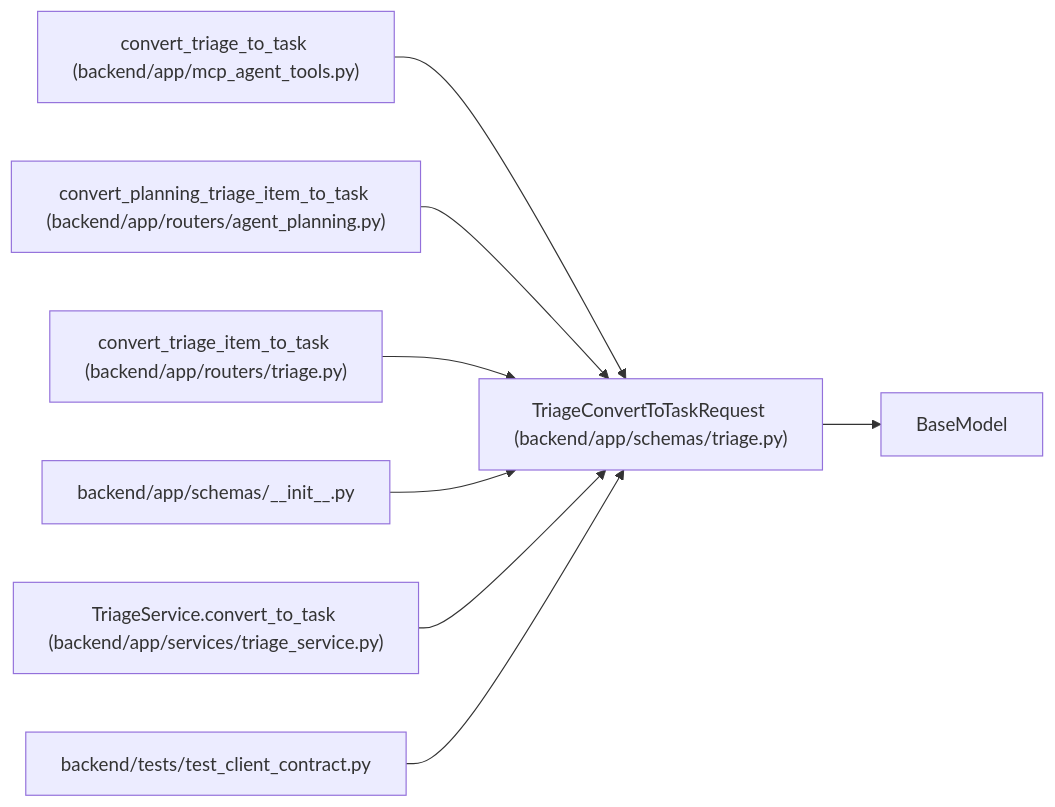
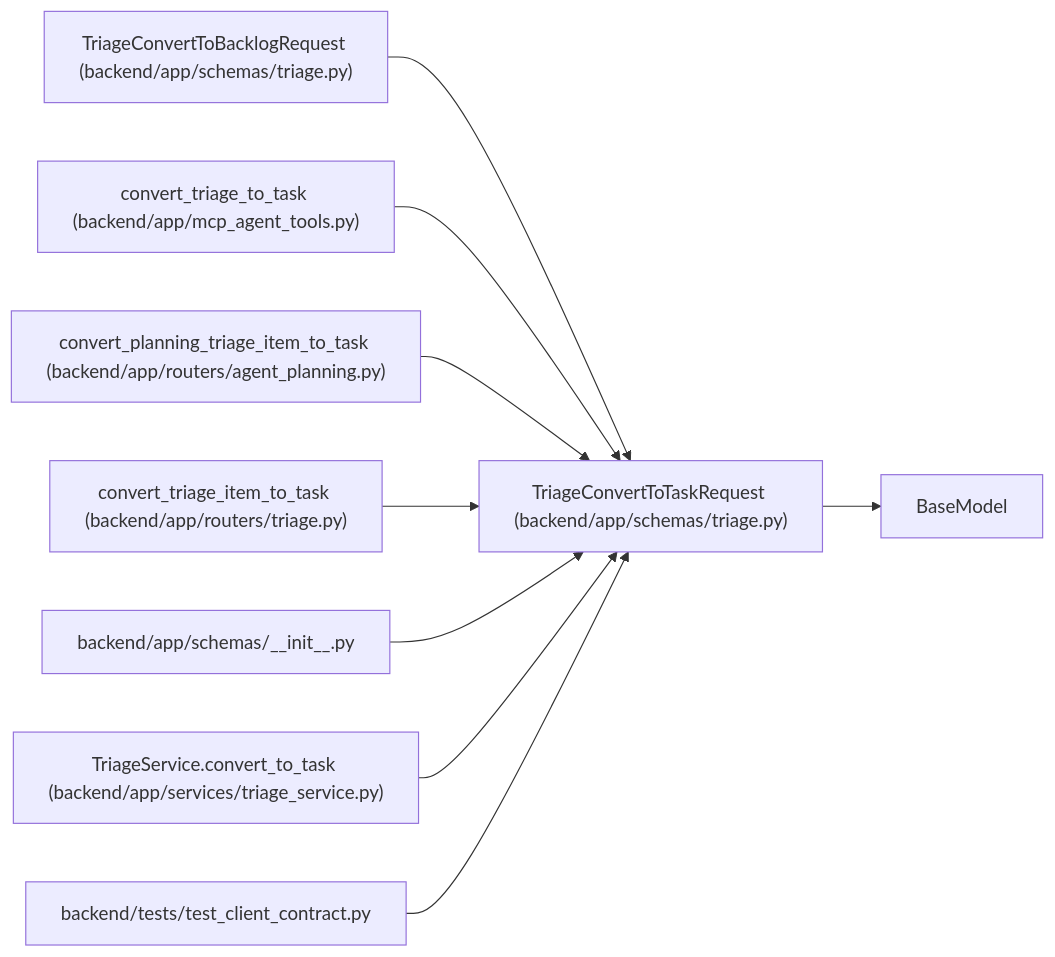
The diagram in docs/llm_wiki/entities/schemas_triage_TriageConvertToTaskRequest.md (Denissvgn/WorkChord), drawn with Mermaid before and after one commit. The commit also changed other lines of this file and 1238 other files, not shown here.

First line of the commit message:
docs(wiki): publish compact canonical domain architecture

````diff
--- a/docs/llm_wiki/entities/schemas_triage_TriageConvertToTaskRequest.md
+++ b/docs/llm_wiki/entities/schemas_triage_TriageConvertToTaskRequest.md
@@ -43,25 +45,28 @@
 ```mermaid
 flowchart LR
     n0["TriageConvertToTaskRequest (backend/app/schemas/triage.py)"]
     n1["BaseModel"]
-    n2["convert_triage_to_task (backend/app/mcp_agent_tools.py)"]
-    n3["convert_planning_triage_item_to_task (backend/app/routers/agent_planning.py)"]
-    n4["convert_triage_item_to_task (backend/app/routers/triage.py)"]
-    n5["backend/app/schemas/__init__.py"]
-    n6["TriageService.convert_to_task (backend/app/services/triage_service.py)"]
-    n7["backend/tests/test_client_contract.py"]
+    n2["TriageConvertToBacklogRequest (backend/app/schemas/triage.py)"]
+    n3["convert_triage_to_task (backend/app/mcp_agent_tools.py)"]
+    n4["convert_planning_triage_item_to_task (backend/app/routers/agent_planning.py)"]
+    n5["convert_triage_item_to_task (backend/app/routers/triage.py)"]
+    n6["backend/app/schemas/__init__.py"]
+    n7["TriageService.convert_to_task (backend/app/services/triage_service.py)"]
+    n8["backend/tests/test_client_contract.py"]
     n0 --> n1
     n2 --> n0
     n3 --> n0
     n4 --> n0
     n5 --> n0
     n6 --> n0
     n7 --> n0
+    n8 --> n0
     click n0 "../modules/schemas_triage.md"
-    click n2 "../modules/mcp_agent_tools.md"
-    click n3 "../modules/routers_agent_planning.md"
-    click n4 "../modules/routers_triage.md"
-    click n5 "../modules/schemas___init__.md"
-    click n6 "../modules/triage_service.md"
-    click n7 "../modules/test_client_contract.md"
+    click n2 "../modules/schemas_triage.md"
+    click n3 "../modules/mcp_agent_tools.md"
+    click n4 "../modules/routers_agent_planning.md"
+    click n5 "../modules/routers_triage.md"
+    click n6 "../modules/schemas___init__.md"
+    click n7 "../modules/triage_service.md"
+    click n8 "../modules/test_client_contract.md"
 ```
````
